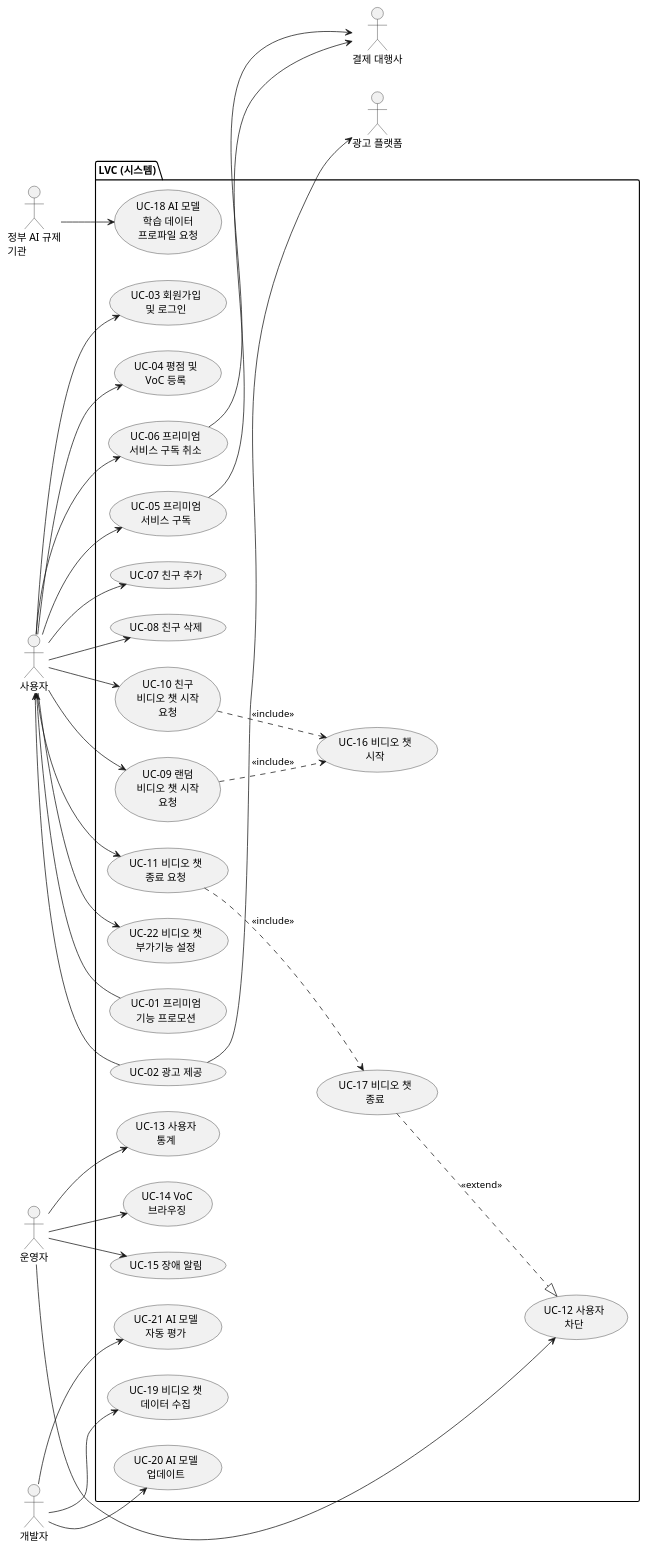
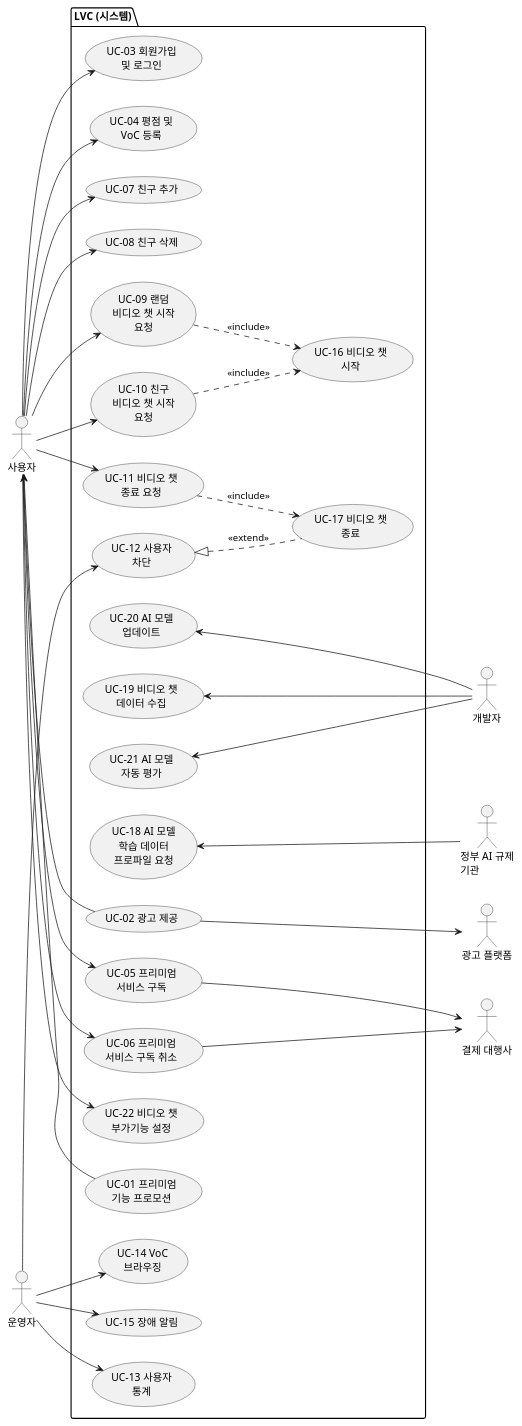
The diagram in diagrams/use_case_diagram.puml (dhkim09a/associate-architect-course-2025), drawn with PlantUML before and after one commit.

```diff
--- a/diagrams/use_case_diagram.puml
+++ b/diagrams/use_case_diagram.puml
@@ -1,73 +1,73 @@
 @startuml
 
 skinparam wrapWidth 100
 left to right direction
 
 actor "사용자" as User
 actor "운영자" as Admin
 actor "개발자" as Developer
 actor "광고 플랫폼" as AdProvider
 actor "결제 대행사" as PayProvider
 actor "정부 AI 규제 기관" as Regulator
 
 package "LVC (시스템)" {
     usecase "UC-01 프리미엄 기능 프로모션" as UC1
     usecase "UC-02 광고 제공" as UC2
     usecase "UC-03 회원가입 및 로그인" as UC3
     usecase "UC-04 평점 및 VoC 등록" as UC4
     usecase "UC-05 프리미엄 서비스 구독" as UC5
     usecase "UC-06 프리미엄 서비스 구독 취소" as UC6
     usecase "UC-07 친구 추가" as UC7
     usecase "UC-08 친구 삭제" as UC8
     usecase "UC-09 랜덤 비디오 챗 시작 요청" as UC9
     usecase "UC-10 친구 비디오 챗 시작 요청" as UC10
     usecase "UC-11 비디오 챗 종료 요청" as UC11
     usecase "UC-12 사용자 차단" as UC12
     usecase "UC-13 사용자 통계" as UC13
     usecase "UC-14 VoC 브라우징" as UC14
     usecase "UC-15 장애 알림" as UC15
     usecase "UC-16 비디오 챗 시작" as UC16
     usecase "UC-17 비디오 챗 종료" as UC17
     usecase "UC-18 AI 모델 학습 데이터 프로파일 요청" as UC18
     usecase "UC-19 비디오 챗 데이터 수집" as UC19
     usecase "UC-20 AI 모델 업데이트" as UC20
     usecase "UC-21 AI 모델 자동 평가" as UC21
     usecase "UC-22 비디오 챗 부가기능 설정" as UC22
 
     UC1 --> User
     UC2 --> User
     
     User --> UC3
     User --> UC4
     User --> UC5
     User --> UC6
     User --> UC7
     User --> UC8
     User --> UC9
     User --> UC10
     User --> UC11
     User --> UC22
     
-    Admin --> UC12
-    Admin --> UC13
-    Admin --> UC14
-    Admin --> UC15
+    Admin -down-> UC12
+    Admin -down-> UC13
+    Admin -down-> UC14
+    Admin -down-> UC15
 
-    Regulator --> UC18
+    Regulator --up-> UC18
 
-    Developer --> UC19
-    Developer --> UC20
-    Developer --> UC21
+    Developer --up-> UC19
+    Developer --up-> UC20
+    Developer --up-> UC21
 
-    UC5 --> PayProvider
-    UC6 --> PayProvider
+    UC5 --down-> PayProvider
+    UC6 --down-> PayProvider
 
-    UC2 --> AdProvider
+    UC2 --down-> AdProvider
     
     UC9 ..> UC16 : "<<include>>"
     UC10 ..> UC16 : "<<include>>"
     UC11 ..> UC17 : "<<include>>"
-    UC17 ..|> UC12 : "<<extend>>"
+    UC17 .up.|> UC12 : "<<extend>>"
 }
 
 @enduml
```
